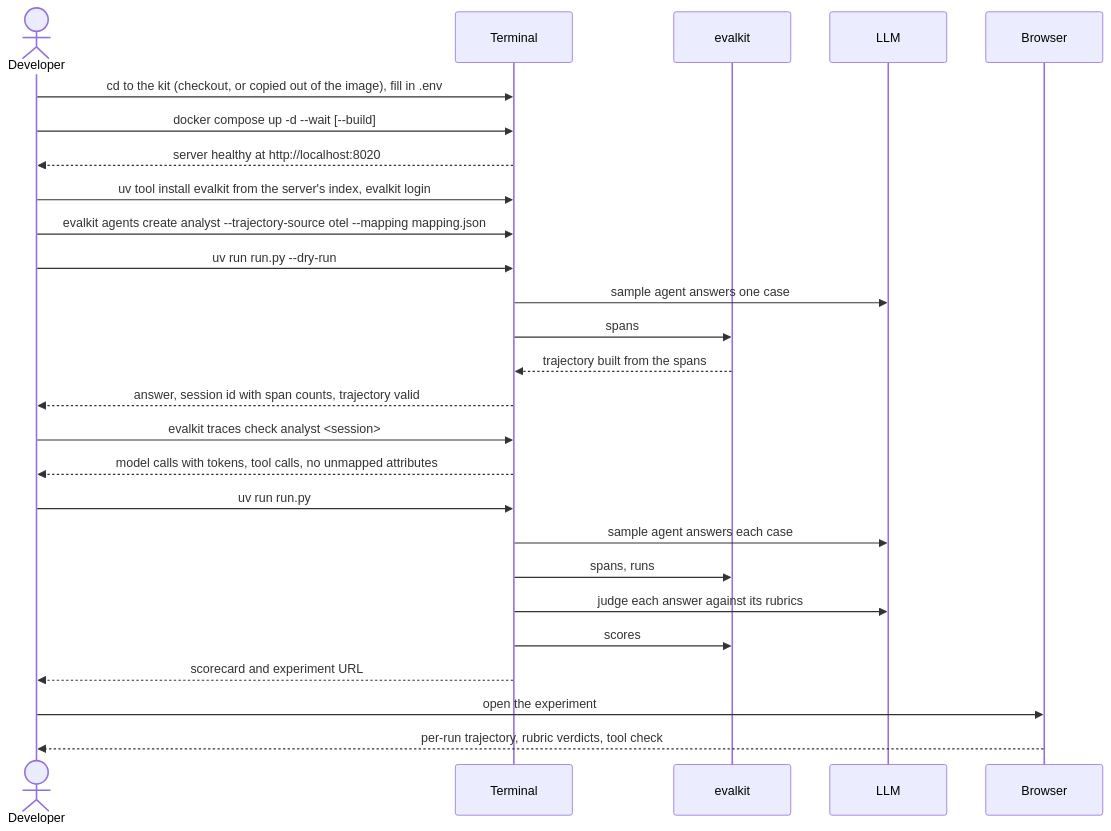
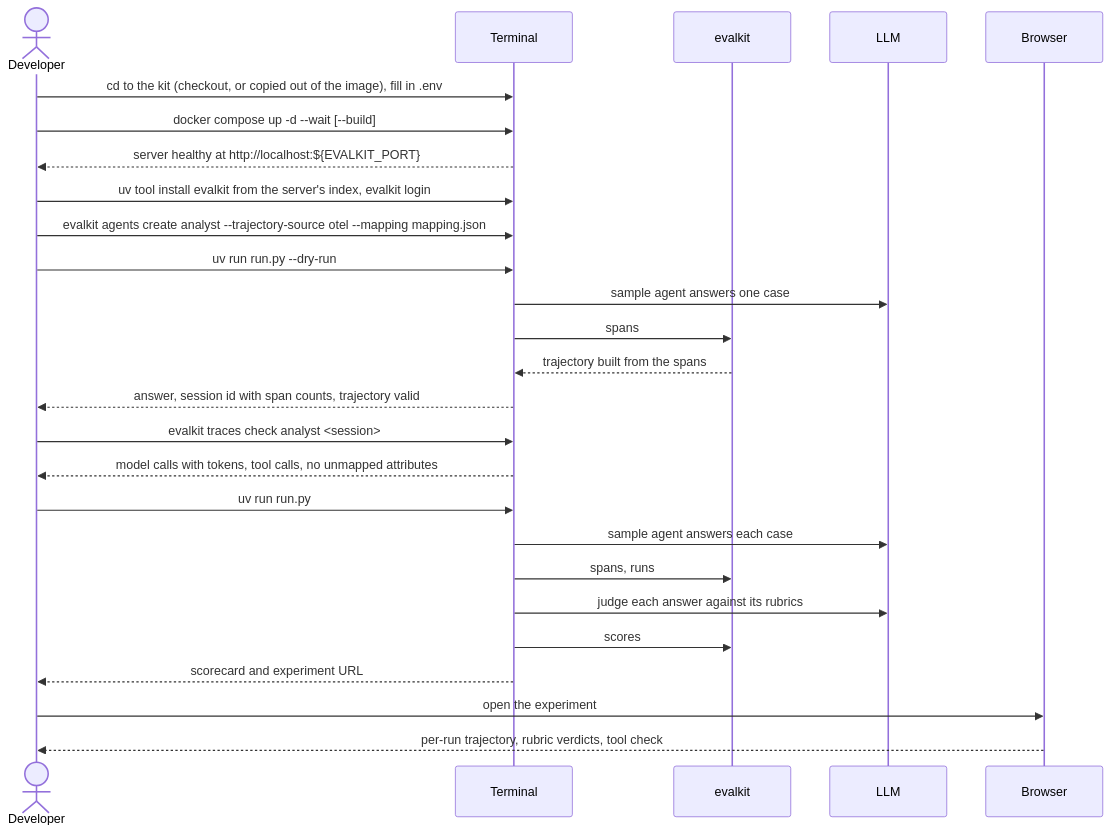
The diagram in docs/flows/18-try-it-stack.md (inferedge-ai/evalkit), drawn with Mermaid before and after one commit. The commit also changed other lines of this file and 14 other files, not shown here.

First line of the commit message:
init-server --port; state the server port once in docs and skills (#45)

````diff
--- a/docs/flows/18-try-it-stack.md
+++ b/docs/flows/18-try-it-stack.md
@@ -18,29 +18,29 @@
 ```mermaid
 sequenceDiagram
   actor D as Developer
   participant T as Terminal
   participant E as evalkit
   participant L as LLM
   participant B as Browser
 
   D->>T: cd to the kit (checkout, or copied out of the image), fill in .env
   D->>T: docker compose up -d --wait [--build]
-  T-->>D: server healthy at http://localhost:8020
+  T-->>D: server healthy at http://localhost:${EVALKIT_PORT}
   D->>T: uv tool install evalkit from the server's index, evalkit login
   D->>T: evalkit agents create analyst --trajectory-source otel --mapping mapping.json
   D->>T: uv run run.py --dry-run
   T->>L: sample agent answers one case
   T->>E: spans
   E-->>T: trajectory built from the spans
   T-->>D: answer, session id with span counts, trajectory valid
   D->>T: evalkit traces check analyst <session>
   T-->>D: model calls with tokens, tool calls, no unmapped attributes
   D->>T: uv run run.py
   T->>L: sample agent answers each case
   T->>E: spans, runs
   T->>L: judge each answer against its rubrics
   T->>E: scores
   T-->>D: scorecard and experiment URL
   D->>B: open the experiment
   B-->>D: per-run trajectory, rubric verdicts, tool check
 ```
````
